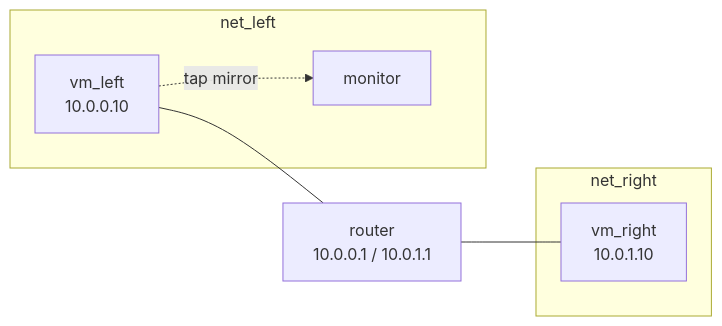
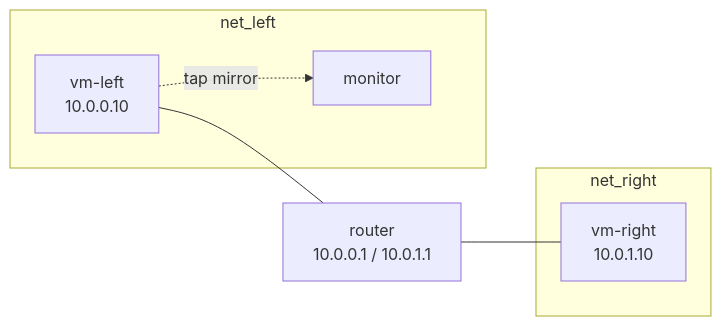
The diagram in doc/content/training/miniclass/12-capture.md (sandia-minimega/minimega), drawn with Mermaid before and after one commit. The commit also changed other lines of this file and 40 other files, not shown here.

````diff
--- a/doc/content/training/miniclass/12-capture.md
+++ b/doc/content/training/miniclass/12-capture.md
@@ -23,12 +23,12 @@
 ```mermaid
 flowchart LR
     subgraph left["net_left"]
-        vl["vm_left<br/>10.0.0.10"]
+        vl["vm-left<br/>10.0.0.10"]
         mon["monitor"]
     end
     subgraph right["net_right"]
-        vr["vm_right<br/>10.0.1.10"]
+        vr["vm-right<br/>10.0.1.10"]
     end
     vl --- r["router<br/>10.0.0.1 / 10.0.1.1"] --- vr
     vl -. "tap mirror" .-> mon
 ```
````
